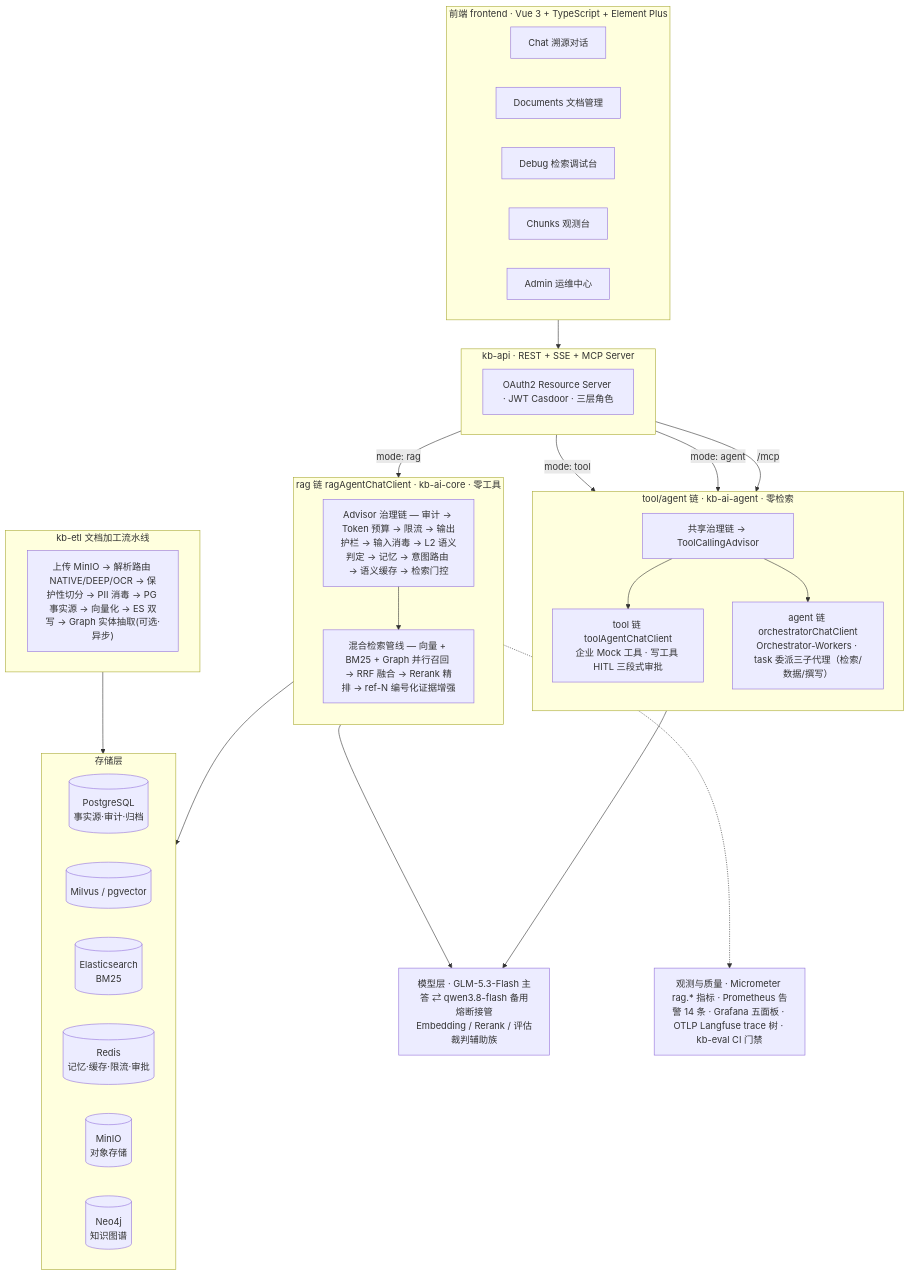
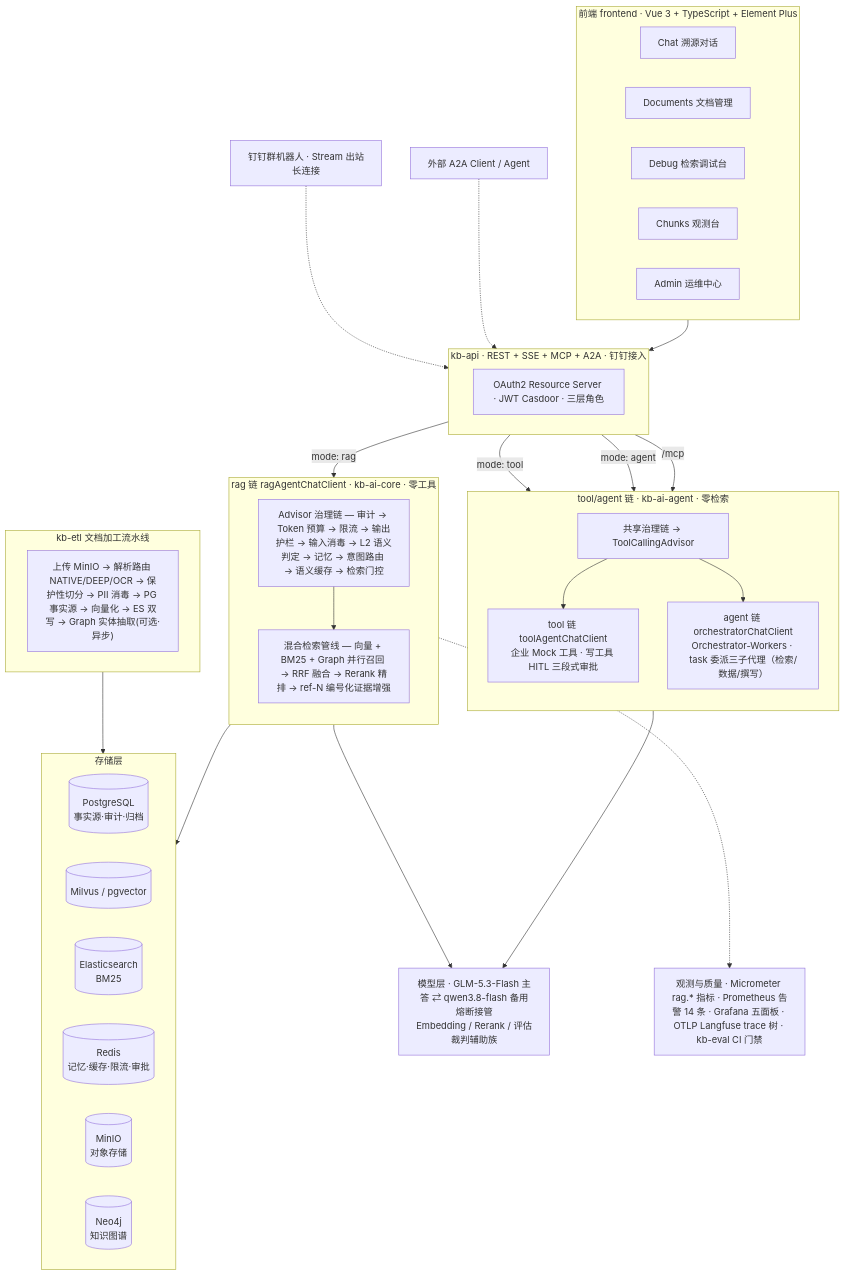
One commit to cookieforyou/corporate-knowledge-base-rag-agent changed the diagram in README.md. Above: the diagram before and after it, drawn with Mermaid. The commit also changed other lines of this file and 5 other files, not shown here.

````diff
--- a/README.md
+++ b/README.md
@@ -73,60 +74,65 @@
 ```mermaid
 flowchart TB
     subgraph FE["前端 frontend · Vue 3 + TypeScript + Element Plus"]
         direction LR
         UI1["Chat 溯源对话"]
         UI2["Documents 文档管理"]
         UI3["Debug 检索调试台"]
         UI4["Chunks 观测台"]
         UI5["Admin 运维中心"]
     end
 
-    subgraph API["kb-api · REST + SSE + MCP Server"]
+    subgraph API["kb-api · REST + SSE + MCP + A2A · 钉钉接入"]
         SEC["OAuth2 Resource Server · JWT Casdoor · 三层角色"]
     end
+
+    DING["钉钉群机器人 · Stream 出站长连接"]
+    A2AC["外部 A2A Client / Agent"]
+    DING -.-> API
+    A2AC -.-> API
 
     subgraph RAG["rag 链 ragAgentChatClient · kb-ai-core · 零工具"]
         direction TB
         ADV["Advisor 治理链 — 审计 → Token 预算 → 限流 → 输出护栏 → 输入消毒 → L2 语义判定 → 记忆 → 意图路由 → 语义缓存 → 检索门控"]
         PIPE["混合检索管线 — 向量 + BM25 + Graph 并行召回 → RRF 融合 → Rerank 精排 → ref-N 编号化证据增强"]
         ADV --> PIPE
     end
 
     subgraph TOOL["tool/agent 链 · kb-ai-agent · 零检索"]
         direction TB
         TADV["共享治理链 → ToolCallingAdvisor"]
         HITL["tool 链 toolAgentChatClient<br/>企业 Mock 工具 · 写工具 HITL 三段式审批"]
         ORCH["agent 链 orchestratorChatClient<br/>Orchestrator-Workers · task 委派三子代理（检索/数据/撰写）"]
         TADV --> HITL
         TADV --> ORCH
     end
 
     subgraph ETL["kb-etl 文档加工流水线"]
         EPIPE["上传 MinIO → 解析路由 NATIVE/DEEP/OCR → 保护性切分 → PII 消毒 → PG 事实源 → 向量化 → ES 双写 → Graph 实体抽取(可选·异步)"]
     end
 
     LLM["模型层 · GLM-5.3-Flash 主答 ⇄ qwen3.8-flash 备用熔断接管<br/>Embedding / Rerank / 评估裁判辅助族"]
 
     subgraph STORE["存储层"]
         direction LR
         PG[("PostgreSQL<br/>事实源·审计·归档")]
         VEC[("Milvus / pgvector")]
         ES[("Elasticsearch<br/>BM25")]
         REDIS[("Redis<br/>记忆·缓存·限流·审批")]
         MINIO[("MinIO<br/>对象存储")]
         NEO[("Neo4j<br/>知识图谱")]
     end
 
     OBS["观测与质量 · Micrometer rag.* 指标 · Prometheus 告警 14 条 · Grafana 五面板 · OTLP Langfuse trace 树 · kb-eval CI 门禁"]
 
     FE --> API
     API -->|mode: rag| RAG
     API -->|mode: tool| TOOL
     API -->|mode: agent| TOOL
     API -->|/mcp| TOOL
     ETL --> STORE
     RAG --> STORE
     RAG --> LLM
     TOOL --> LLM
     RAG -.-> OBS
 ```
````
